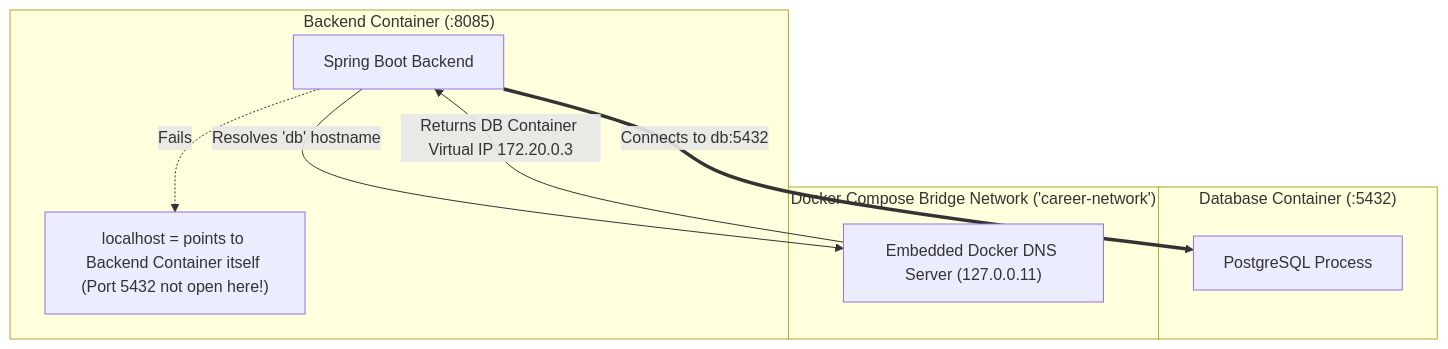
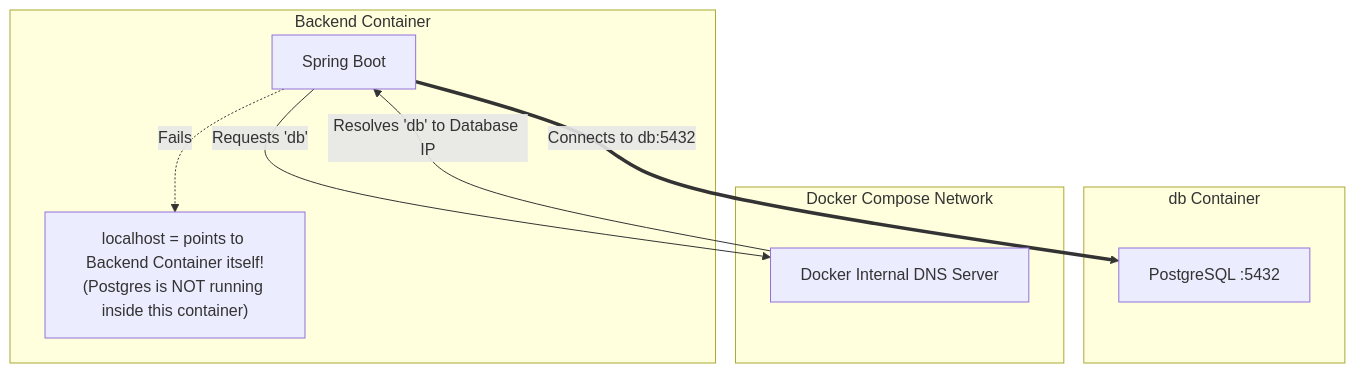
One commit to rohithgowda18/Notes changed diagram 13 of 14 in 07-Backend-Engineering/Docker.md. Above: the diagram before and after it, drawn with Mermaid. The commit also changed other lines of this file, not shown here.

Commit message:
docs(docker): prune low-frequency DevOps topics and focus on high-yield placement Q&A

````diff
--- a/07-Backend-Engineering/Docker.md
+++ b/07-Backend-Engineering/Docker.md
@@ -622,20 +474,20 @@
 ```mermaid
 flowchart TD
-    subgraph BackendContainer ["Backend Container (:8085)"]
-        SpringApp["Spring Boot Backend"]
-        LocalhostBackend["localhost = points to Backend Container itself (Port 5432 not open here!)"]
+    subgraph Backend ["Backend Container"]
+        App["Spring Boot"]
+        Localhost["localhost = points to Backend Container itself!\n(Postgres is NOT running inside this container)"]
     end
 
-    subgraph DBContainer ["Database Container (:5432)"]
-        Postgres["PostgreSQL Process"]
+    subgraph Database ["db Container"]
+        Postgres["PostgreSQL :5432"]
     end
 
-    subgraph ComposeNetwork ["Docker Compose Bridge Network ('career-network')"]
-        DNS["Embedded Docker DNS Server (127.0.0.11)"]
+    subgraph DockerNetwork ["Docker Compose Network"]
+        DNS["Docker Internal DNS Server"]
     end
 
-    SpringApp -.->|Fails| LocalhostBackend
-    SpringApp -->|Resolves 'db' hostname| DNS
-    DNS -->|Returns DB Container Virtual IP 172.20.0.3| SpringApp
-    SpringApp ==>|Connects to db:5432| Postgres
+    App -.->|Fails| Localhost
+    App -->|Requests 'db'| DNS
+    DNS -->|Resolves 'db' to Database IP| App
+    App ==>|Connects to db:5432| Postgres
 ```
````
